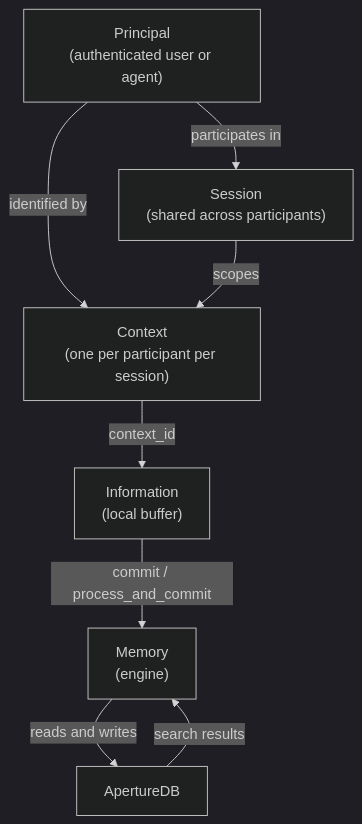
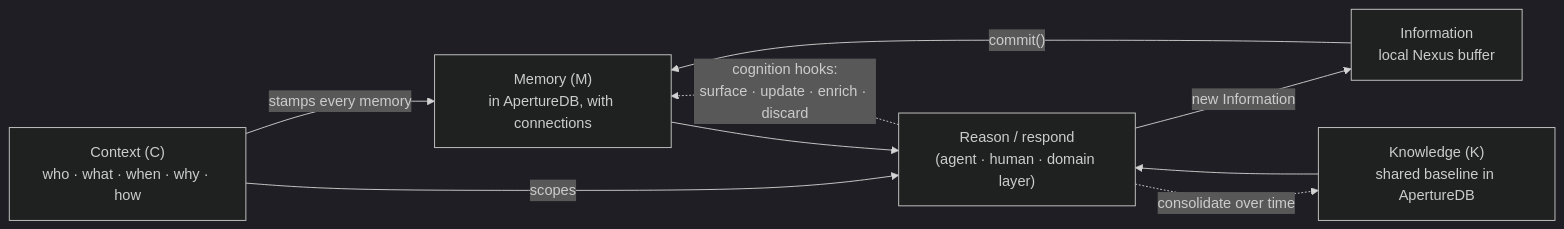
The first of 3 diagrams in docs/concepts.md (aperture-data/aperture-nexus), drawn with Mermaid (dark theme) before and after one commit. The commit also changed other lines of this file and 26 other files, not shown here.

First line of the commit message:
Graph context and better search (#17)

````diff
--- a/docs/concepts.md
+++ b/docs/concepts.md
@@ -80,17 +170,17 @@
 ```mermaid
-flowchart TD
-    P["Principal\n(authenticated user or agent)"]
-    S["Session\n(shared across participants)"]
-    C["Context\n(one per participant per session)"]
-    I["Information\n(local buffer)"]
-    M["Memory\n(engine)"]
-    DB["ApertureDB"]
+flowchart LR
+    C["Context (C)\nwho · what · when · why · how"]
+    I["Information\nlocal Nexus buffer"]
+    M["Memory (M)\nin ApertureDB, with connections"]
+    K["Knowledge (K)\nshared baseline in ApertureDB"]
+    R["Reason / respond\n(agent · human · domain layer)"]
 
-    P -->|"participates in"| S
-    P -->|"identified by"| C
-    S -->|"scopes"| C
-    C -->|"context_id"| I
-    I -->|"commit / process_and_commit"| M
-    M -->|"reads and writes"| DB
-    DB -->|"search results"| M
+    I -->|"commit()"| M
+    C -->|"stamps every memory"| M
+    C -->|"scopes"| R
+    M --> R
+    K --> R
+    R -->|"new Information"| I
+    R -.->|"cognition hooks:\nsurface · update · enrich · discard"| M
+    R -.->|"consolidate over time"| K
 ```
````
